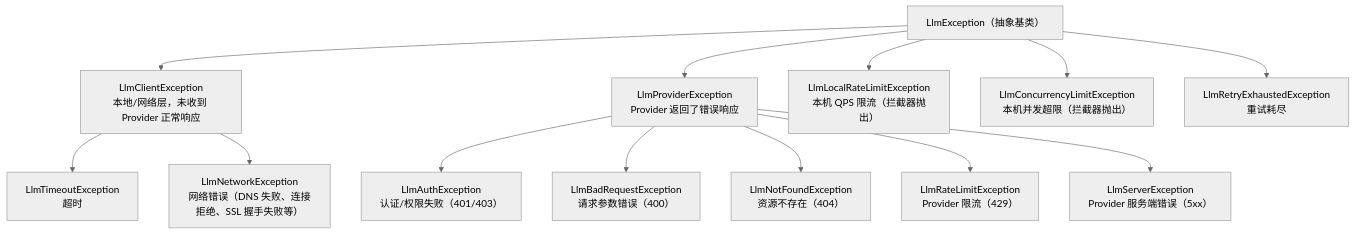
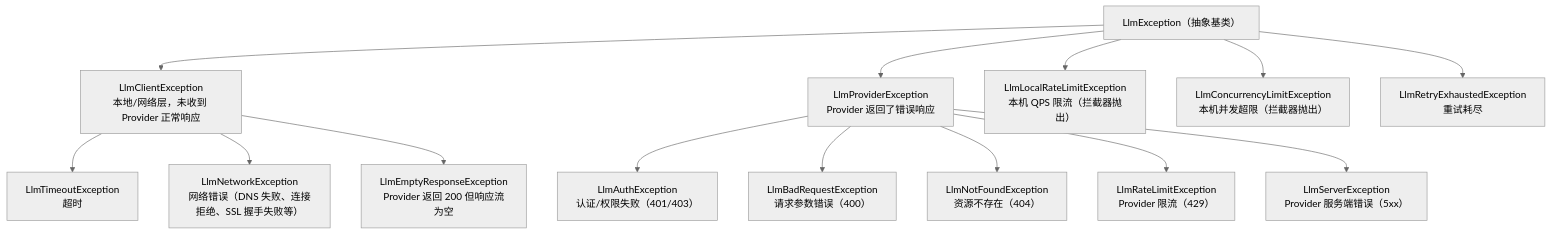
The diagram in docs/src/exception.md (gacfox/proarc-agentic), drawn with Mermaid (neutral theme) before and after one commit. The commit also changed other lines of this file and 4 other files, not shown here.

````diff
--- a/docs/src/exception.md
+++ b/docs/src/exception.md
@@ -7,16 +7,17 @@
 ```mermaid
 flowchart TD
     E["LlmException（抽象基类）"]
     E --> C["LlmClientException<br>本地/网络层，未收到 Provider 正常响应"]
     C --> C1["LlmTimeoutException<br>超时"]
     C --> C2["LlmNetworkException<br>网络错误（DNS 失败、连接拒绝、SSL 握手失败等）"]
+    C --> C3["LlmEmptyResponseException<br>Provider 返回 200 但响应流为空"]
     E --> P["LlmProviderException<br>Provider 返回了错误响应"]
     P --> P1["LlmAuthException<br>认证/权限失败（401/403）"]
     P --> P2["LlmBadRequestException<br>请求参数错误（400）"]
     P --> P3["LlmNotFoundException<br>资源不存在（404）"]
     P --> P4["LlmRateLimitException<br>Provider 限流（429）"]
     P --> P5["LlmServerException<br>Provider 服务端错误（5xx）"]
     E --> L1["LlmLocalRateLimitException<br>本机 QPS 限流（拦截器抛出）"]
     E --> L2["LlmConcurrencyLimitException<br>本机并发超限（拦截器抛出）"]
     E --> L3["LlmRetryExhaustedException<br>重试耗尽"]
 ```
````
